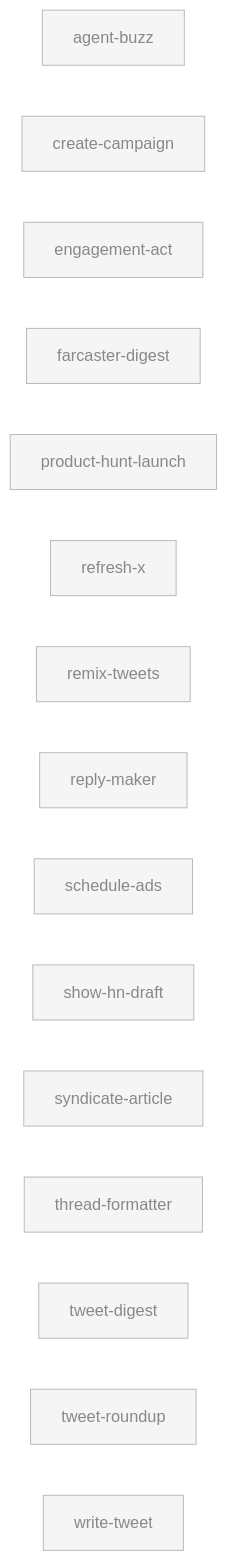
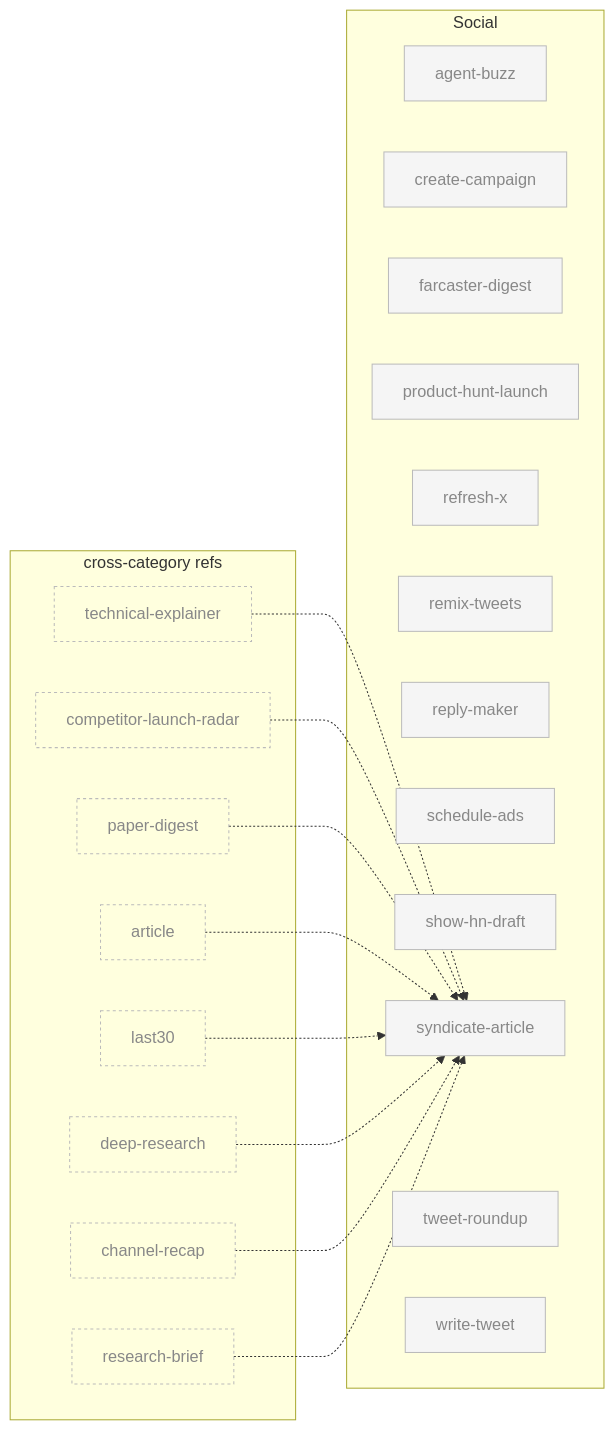
Before and after one commit to swarm-ai-research/aeon: the sixth of 8 diagrams in docs/skill-graph.md, drawn with Mermaid. The commit also changed other lines of this file and 2 other files, not shown here.

Commit message:
docs(skill-graph): initialize map (172 skills, 43 enabled, 6 categories)

````diff
--- a/docs/skill-graph.md
+++ b/docs/skill-graph.md
@@ -336,37 +411,78 @@
 ```mermaid
 flowchart LR
+    subgraph social_core["Social"]
+        agent-buzz[agent-buzz]
+        create-campaign[create-campaign]
+        farcaster-digest[farcaster-digest]
+        product-hunt-launch[product-hunt-launch]
+        refresh-x[refresh-x]
+        remix-tweets[remix-tweets]
+        reply-maker[reply-maker]
+        schedule-ads[schedule-ads]
+        show-hn-draft[show-hn-draft]
+        syndicate-article[syndicate-article]
+        tweet-roundup[tweet-roundup]
+        write-tweet[write-tweet]
+    end
+    subgraph externals["cross-category refs"]
+        article[article]:::external
+        channel-recap[channel-recap]:::external
+        competitor-launch-radar[competitor-launch-radar]:::external
+        deep-research[deep-research]:::external
+        last30[last30]:::external
+        paper-digest[paper-digest]:::external
+        research-brief[research-brief]:::external
+        technical-explainer[technical-explainer]:::external
+    end
+    technical-explainer -.-> syndicate-article
+    competitor-launch-radar -.-> syndicate-article
+    paper-digest -.-> syndicate-article
+    article -.-> syndicate-article
+    last30 -.-> syndicate-article
+    deep-research -.-> syndicate-article
+    channel-recap -.-> syndicate-article
+    research-brief -.-> syndicate-article
     classDef enabled fill:#fff,stroke:#000,stroke-width:2px,color:#000
     classDef disabled fill:#f5f5f5,stroke:#bbb,color:#888
     classDef external fill:none,stroke:#bbb,stroke-dasharray:3 3,color:#888
-    agent-buzz["agent-buzz"]
-    create-campaign["create-campaign"]
-    engagement-act["engagement-act"]
-    farcaster-digest["farcaster-digest"]
-    product-hunt-launch["product-hunt-launch"]
-    refresh-x["refresh-x"]
-    remix-tweets["remix-tweets"]
-    reply-maker["reply-maker"]
-    schedule-ads["schedule-ads"]
-    show-hn-draft["show-hn-draft"]
-    syndicate-article["syndicate-article"]
-    thread-formatter["thread-formatter"]
-    tweet-digest["tweet-digest"]
-    tweet-roundup["tweet-roundup"]
-    write-tweet["write-tweet"]
+    class agent-buzz disabled
+    class create-campaign disabled
+    class farcaster-digest disabled
+    class product-hunt-launch disabled
+    class refresh-x disabled
+    class remix-tweets disabled
+    class reply-maker disabled
+    class schedule-ads disabled
+    class show-hn-draft disabled
+    class syndicate-article disabled
+    class tweet-roundup disabled
+    class write-tweet disabled
+    class article external
+    class channel-recap external
+    class competitor-launch-radar external
+    class deep-research external
+    class last30 external
+    class paper-digest external
+    class research-brief external
+    class technical-explainer external
     click agent-buzz "../skills/agent-buzz/SKILL.md"
     click create-campaign "../skills/create-campaign/SKILL.md"
-    click engagement-act "../skills/engagement-act/SKILL.md"
     click farcaster-digest "../skills/farcaster-digest/SKILL.md"
     click product-hunt-launch "../skills/product-hunt-launch/SKILL.md"
     click refresh-x "../skills/refresh-x/SKILL.md"
     click remix-tweets "../skills/remix-tweets/SKILL.md"
     click reply-maker "../skills/reply-maker/SKILL.md"
     click schedule-ads "../skills/schedule-ads/SKILL.md"
     click show-hn-draft "../skills/show-hn-draft/SKILL.md"
     click syndicate-article "../skills/syndicate-article/SKILL.md"
-    click thread-formatter "../skills/thread-formatter/SKILL.md"
-    click tweet-digest "../skills/tweet-digest/SKILL.md"
     click tweet-roundup "../skills/tweet-roundup/SKILL.md"
     click write-tweet "../skills/write-tweet/SKILL.md"
-    class agent-buzz,create-campaign,engagement-act,farcaster-digest,product-hunt-launch,refresh-x,remix-tweets,reply-maker,schedule-ads,show-hn-draft,syndicate-article,thread-formatter,tweet-digest,tweet-roundup,write-tweet disabled
+    click article "../skills/article/SKILL.md"
+    click channel-recap "../skills/channel-recap/SKILL.md"
+    click competitor-launch-radar "../skills/competitor-launch-radar/SKILL.md"
+    click deep-research "../skills/deep-research/SKILL.md"
+    click last30 "../skills/last30/SKILL.md"
+    click paper-digest "../skills/paper-digest/SKILL.md"
+    click research-brief "../skills/research-brief/SKILL.md"
+    click technical-explainer "../skills/technical-explainer/SKILL.md"
 ```
````
